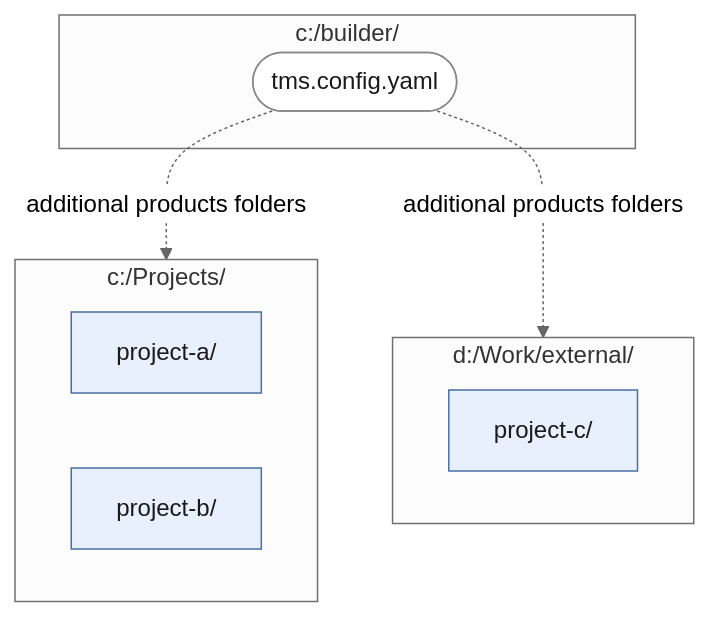
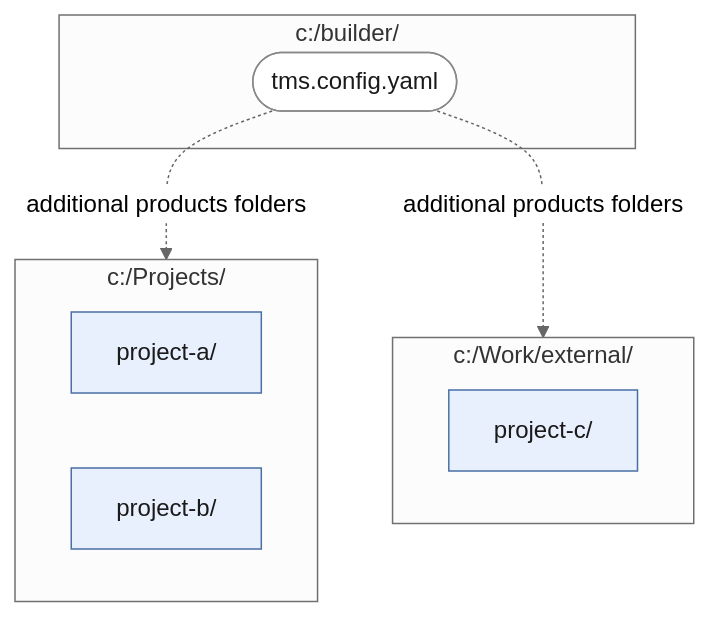
Before and after one commit to tmssoftware/smartsetup: the third of 3 diagrams in doc/source/guide/continuous-integration.md, drawn with Mermaid (neutral theme). The commit also changed other lines of this file, not shown here.

Commit message:
fixed a bug in the docs: You can't have c:\ and d:\ additional product folders, as we need hardlinks which only work across the same disk

````diff
--- a/doc/source/guide/continuous-integration.md
+++ b/doc/source/guide/continuous-integration.md
@@ -134,21 +134,21 @@
 ```mermaid
 
 graph TD
     subgraph builder["c:/builder/"]
         Config(["tms.config.yaml"])
     end
     subgraph root1["c:/Projects/"]
         ProjectA["project-a/"]
         ProjectB["project-b/"]
     end
-    subgraph root2["d:/Work/external/"]
+    subgraph root2["c:/Work/external/"]
         ProjectC["project-c/"]
     end
     Config -. "additional products folders" .-> root1
     Config -. "additional products folders" .-> root2
 
     classDef folder fill:#e8f0fe,stroke:#4a6fa5,color:#1a1a1a
     classDef file fill:#ffffff,stroke:#888,color:#1a1a1a
     class ProjectA,ProjectB,ProjectC folder
     class Config file
 ```
````
